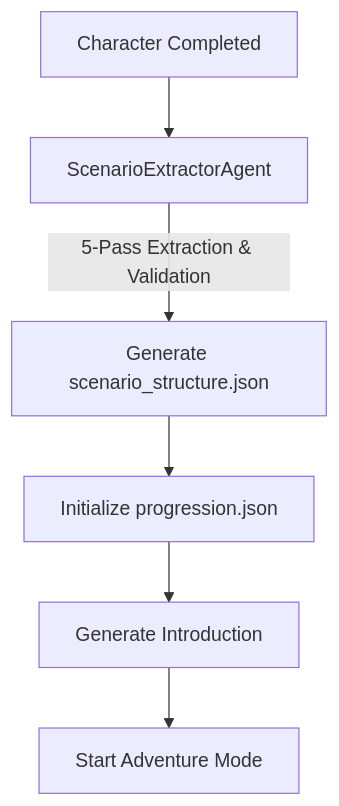
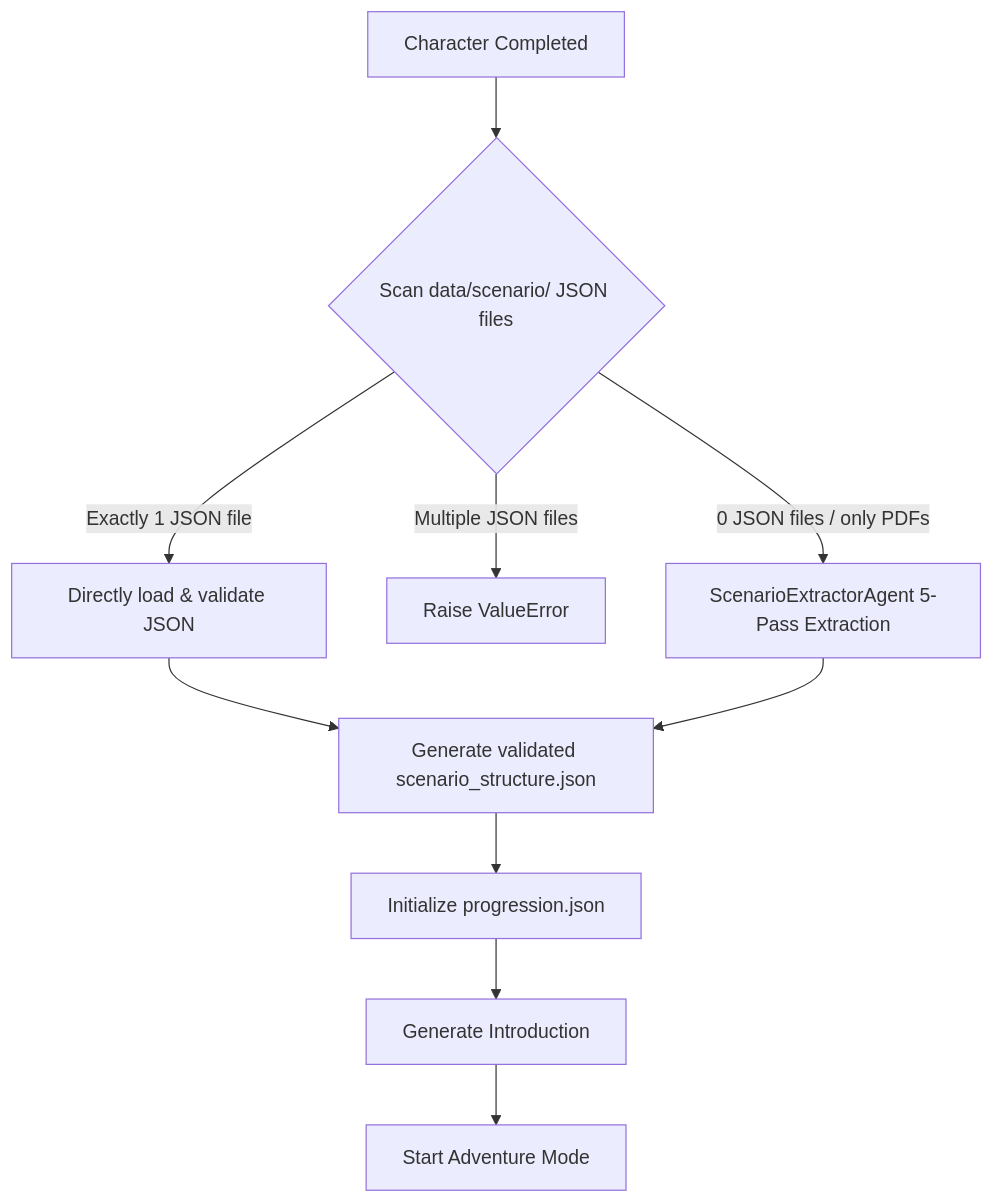
The second of 3 diagrams in README.md (Papoulos/Oracle), drawn with Mermaid before and after one commit. The commit also changed other lines of this file and 1 other file, not shown here.

First line of the commit message:
feat: robust scenario validation, load detection and optimization

````diff
--- a/README.md
+++ b/README.md
@@ -167,8 +167,12 @@
 ```mermaid
 graph TD
-    A[Character Completed] --> B[ScenarioExtractorAgent]
-    B -->|5-Pass Extraction & Validation| C[Generate scenario_structure.json]
-    C --> D[Initialize progression.json]
-    D --> E[Generate Introduction]
-    E --> F[Start Adventure Mode]
+    A[Character Completed] --> B{Scan data/scenario/ JSON files}
+    B -->|Exactly 1 JSON file| C[Directly load & validate JSON]
+    B -->|Multiple JSON files| D[Raise ValueError]
+    B -->|0 JSON files / only PDFs| E[ScenarioExtractorAgent 5-Pass Extraction]
+    C --> F[Generate validated scenario_structure.json]
+    E --> F
+    F --> G[Initialize progression.json]
+    G --> H[Generate Introduction]
+    H --> I[Start Adventure Mode]
 ```
````
